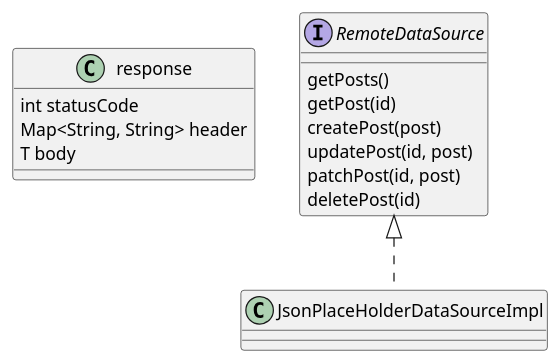
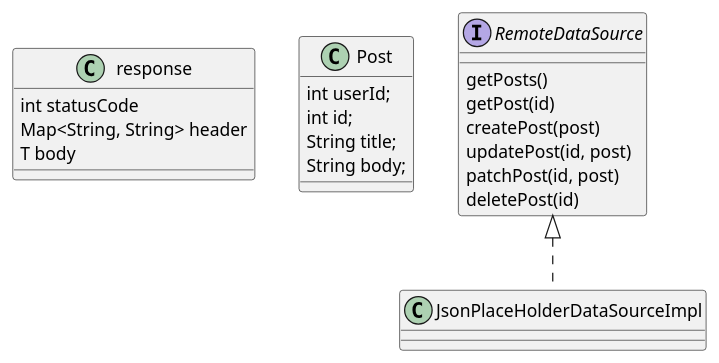
One commit to SurvivalCodingCampus/sesac7_dart_study changed the diagram in lib/18_http/Remote.puml. Above: the diagram before and after it, drawn with PlantUML. The commit also changed 4 other files, not shown here.

```diff
--- a/lib/18_http/Remote.puml
+++ b/lib/18_http/Remote.puml
@@ -1,22 +1,30 @@
 @startuml
 'https://plantuml.com/class-diagram
 
 class response{
  int statusCode
  Map<String, String> header
  T body
+}
+
+class Post{
+ int userId;
+ int id;
+ String title;
+ String body;
 }
 
 interface RemoteDataSource{
 getPosts()
 getPost(id)
 createPost(post)
 updatePost(id, post)
 patchPost(id, post)
 deletePost(id)
 }
+
 class JsonPlaceHolderDataSourceImpl implements RemoteDataSource{
 }
 
 
 @enduml
```
